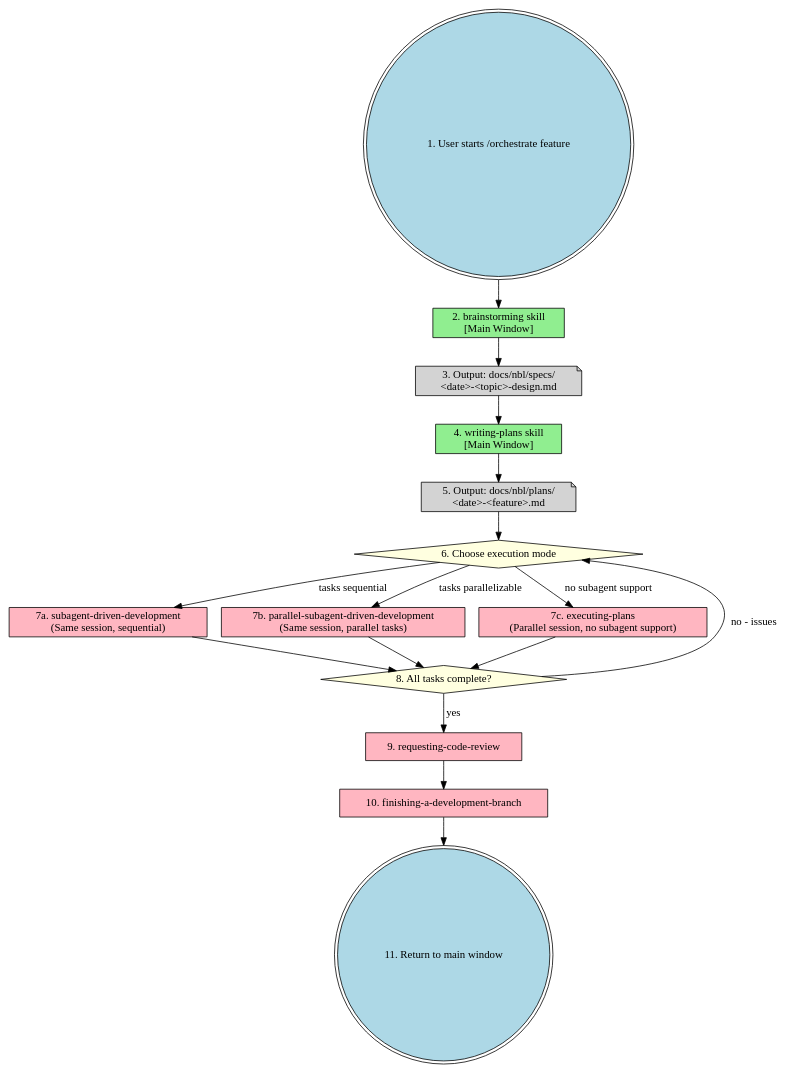
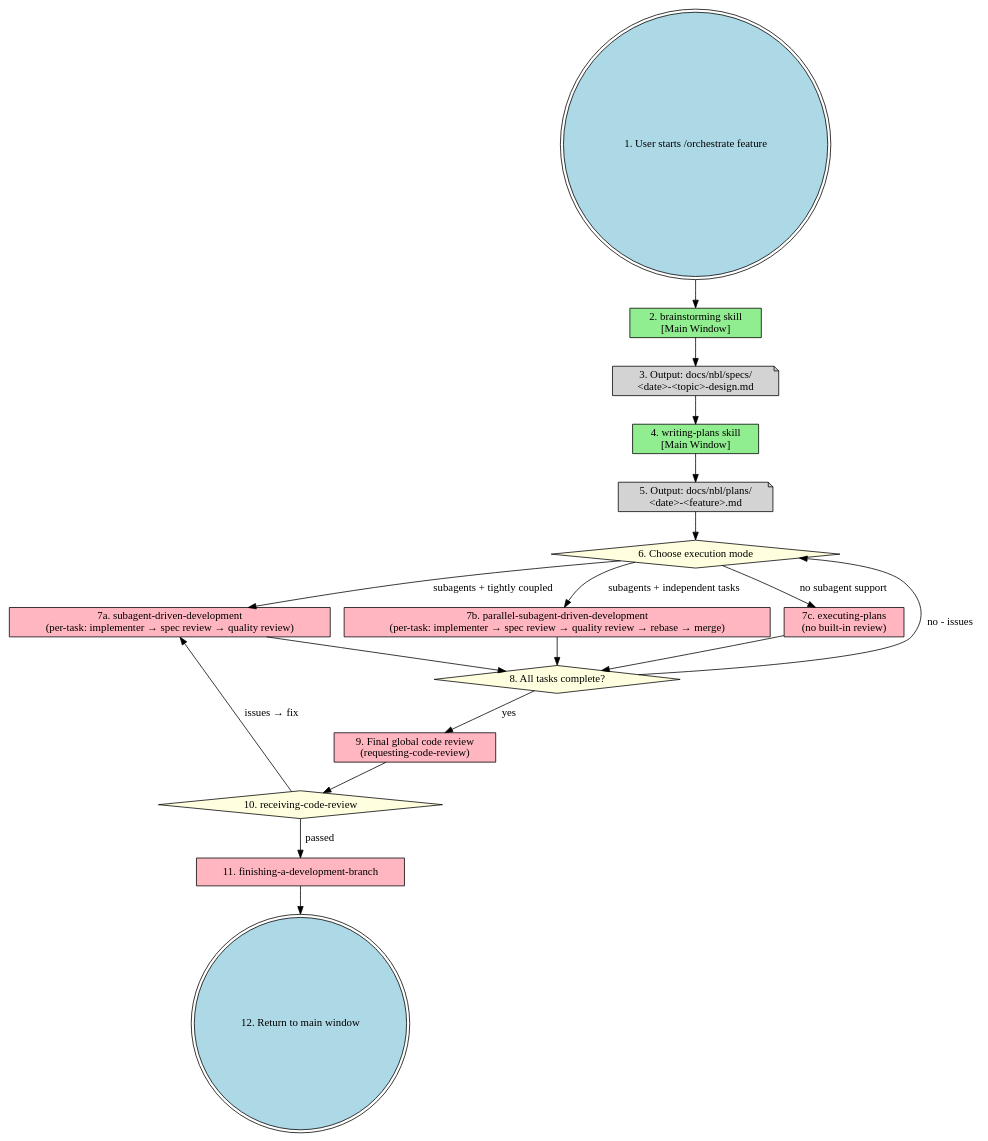
One commit to icefrag/guozhi-claude-code changed the first of 4 diagrams in skills/nbl.orchestrate/SKILL.md. Above: the diagram before and after it, drawn with Graphviz. The commit also changed other lines of this file and 1 other file, not shown here.

First line of the commit message:
refactor(orchestrate): improve workflow accuracy and execution mode selection

````diff
--- a/skills/nbl.orchestrate/SKILL.md
+++ b/skills/nbl.orchestrate/SKILL.md
@@ -25,46 +25,50 @@
 ```dot
 digraph orchestrate_feature_workflow {
     rankdir=TB;
     node [shape=box style=filled fillcolor=lightyellow];
 
     "1. User starts /orchestrate feature" [shape=doublecircle fillcolor=lightblue];
 
     "2. brainstorming skill\n[Main Window]" [fillcolor=lightgreen];
     "3. Output: docs/nbl/specs/\n<date>-<topic>-design.md" [shape=note fillcolor=lightgray];
 
     "4. writing-plans skill\n[Main Window]" [fillcolor=lightgreen];
     "5. Output: docs/nbl/plans/\n<date>-<feature>.md" [shape=note fillcolor=lightgray];
 
     "6. Choose execution mode" [shape=diamond fillcolor=lightyellow];
 
-    "7a. subagent-driven-development\n(Same session, sequential)" [fillcolor=lightpink];
-    "7b. parallel-subagent-driven-development\n(Same session, parallel tasks)" [fillcolor=lightpink];
-    "7c. executing-plans\n(Parallel session, no subagent support)" [fillcolor=lightpink];
+    "7a. subagent-driven-development\n(per-task: implementer → spec review → quality review)" [fillcolor=lightpink];
+    "7b. parallel-subagent-driven-development\n(per-task: implementer → spec review → quality review → rebase → merge)" [fillcolor=lightpink];
+    "7c. executing-plans\n(no built-in review)" [fillcolor=lightpink];
 
     "8. All tasks complete?" [shape=diamond fillcolor=lightyellow];
-    "9. requesting-code-review" [fillcolor=lightpink];
-    "10. finishing-a-development-branch" [fillcolor=lightpink];
-    "11. Return to main window" [shape=doublecircle fillcolor=lightblue];
+    "9. Final global code review\n(requesting-code-review)" [fillcolor=lightpink];
+    "10. receiving-code-review" [shape=diamond fillcolor=lightyellow];
+    "11. finishing-a-development-branch" [fillcolor=lightpink];
+    "12. Return to main window" [shape=doublecircle fillcolor=lightblue];
 
     "1. User starts /orchestrate feature" -> "2. brainstorming skill\n[Main Window]";
     "2. brainstorming skill\n[Main Window]" -> "3. Output: docs/nbl/specs/\n<date>-<topic>-design.md";
     "3. Output: docs/nbl/specs/\n<date>-<topic>-design.md" -> "4. writing-plans skill\n[Main Window]";
 
     "4. writing-plans skill\n[Main Window]" -> "5. Output: docs/nbl/plans/\n<date>-<feature>.md";
     "5. Output: docs/nbl/plans/\n<date>-<feature>.md" -> "6. Choose execution mode";
 
-    "6. Choose execution mode" -> "7a. subagent-driven-development\n(Same session, sequential)" [label="tasks sequential"];
-    "6. Choose execution mode" -> "7b. parallel-subagent-driven-development\n(Same session, parallel tasks)" [label="tasks parallelizable"];
-    "6. Choose execution mode" -> "7c. executing-plans\n(Parallel session, no subagent support)" [label="no subagent support"];
+    "6. Choose execution mode" -> "7a. subagent-driven-development\n(per-task: implementer → spec review → quality review)" [label="subagents + tightly coupled"];
+    "6. Choose execution mode" -> "7b. parallel-subagent-driven-development\n(per-task: implementer → spec review → quality review → rebase → merge)" [label="subagents + independent tasks"];
+    "6. Choose execution mode" -> "7c. executing-plans\n(no built-in review)" [label="no subagent support"];
 
-    "7a. subagent-driven-development\n(Same session, sequential)" -> "8. All tasks complete?";
-    "7b. parallel-subagent-driven-development\n(Same session, parallel tasks)" -> "8. All tasks complete?";
-    "7c. executing-plans\n(Parallel session, no subagent support)" -> "8. All tasks complete?";
+    "7a. subagent-driven-development\n(per-task: implementer → spec review → quality review)" -> "8. All tasks complete?";
+    "7b. parallel-subagent-driven-development\n(per-task: implementer → spec review → quality review → rebase → merge)" -> "8. All tasks complete?";
+    "7c. executing-plans\n(no built-in review)" -> "8. All tasks complete?";
 
     "8. All tasks complete?" -> "6. Choose execution mode" [label="no - issues"];
-    "8. All tasks complete?" -> "9. requesting-code-review" [label="yes"];
+    "8. All tasks complete?" -> "9. Final global code review\n(requesting-code-review)" [label="yes"];
 
-    "9. requesting-code-review" -> "10. finishing-a-development-branch";
-    "10. finishing-a-development-branch" -> "11. Return to main window";
+    "9. Final global code review\n(requesting-code-review)" -> "10. receiving-code-review";
+    "10. receiving-code-review" -> "7a. subagent-driven-development\n(per-task: implementer → spec review → quality review)" [label="issues → fix"];
+    "10. receiving-code-review" -> "11. finishing-a-development-branch" [label="passed"];
+
+    "11. finishing-a-development-branch" -> "12. Return to main window";
 }
 ```
````
